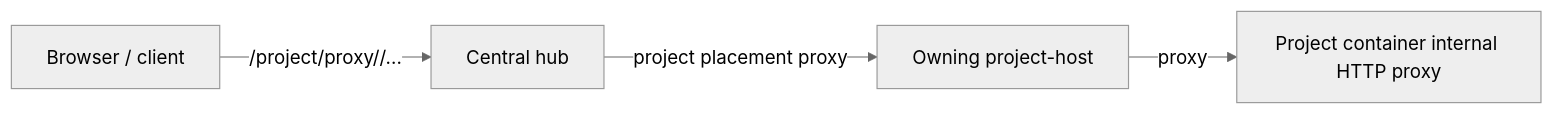
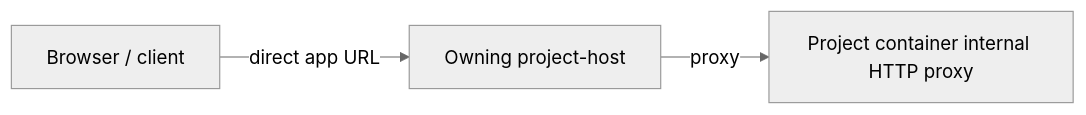
The first of 2 diagrams in docs/http-proxy.md (sagemathinc/cocalc-ai), drawn with Mermaid (neutral theme) before and after one commit. The commit also changed other lines of this file, not shown here.

First line of the commit message:
docs/proxy: require direct project-host app traffic

````diff
--- a/docs/http-proxy.md
+++ b/docs/http-proxy.md
@@ -66,11 +71,9 @@
 ```mermaid
 flowchart LR
     Browser["Browser / client"]
-    Hub["Central hub"]
     Host["Owning project-host"]
     Container["Project container internal HTTP proxy"]
 
-    Browser -->|/project/proxy/<port>/...| Hub
-    Hub -->|project placement proxy| Host
+    Browser -->|direct app URL| Host
     Host -->|proxy| Container
 ```
````
